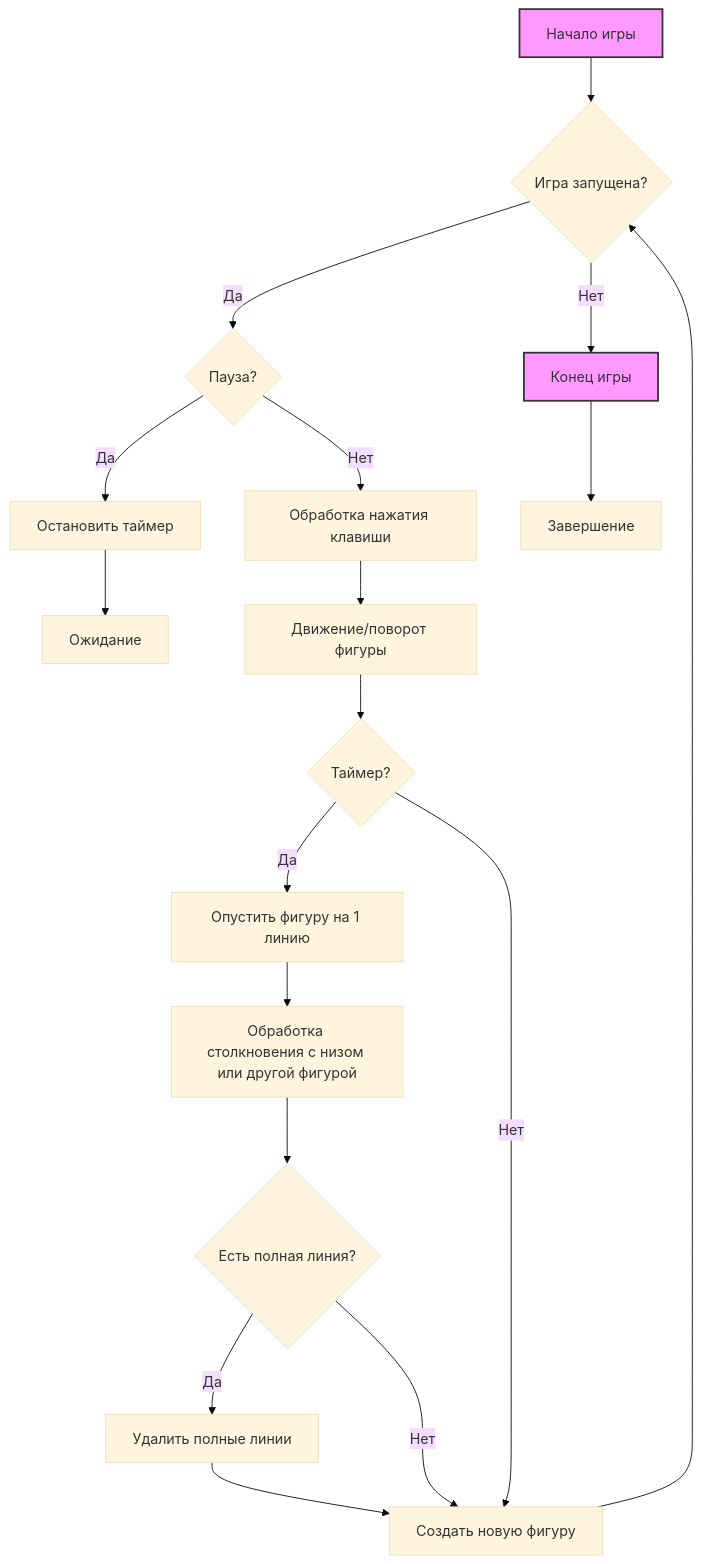
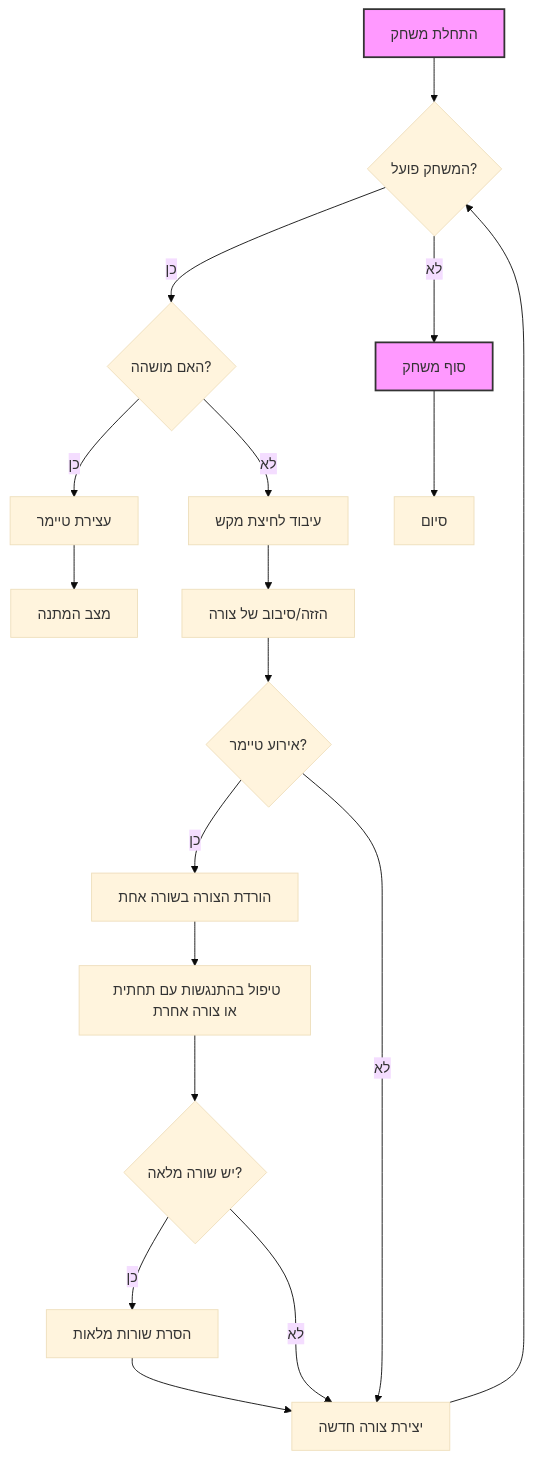
One commit to hypo69/1001-python-he changed the diagram in code/UNSORTED/TETRIS/README.MD. Above: the diagram before and after it, drawn with Mermaid (base theme). The commit also changed other lines of this file and 869 other files, not shown here.

````diff
--- a/code/UNSORTED/TETRIS/README.MD
+++ b/code/UNSORTED/TETRIS/README.MD
@@ -580,22 +580,22 @@
 ```mermaid
 graph TD
-    A[Начало игры] --> B{Игра запущена?};
-    B -- Да --> C{Пауза?};
-    C -- Да --> D[Остановить таймер];
-    D --> E[Ожидание];
-    C -- Нет --> F[Обработка нажатия клавиши];
-    F --> G[Движение/поворот фигуры];
-    G --> H{Таймер?};
-     H -- Да --> I[Опустить фигуру на 1 линию];
-     I --> J[Обработка столкновения с низом или другой фигурой];
-     J --> K{Есть полная линия?};
-     K -- Да --> L[Удалить полные линии];
-      L --> M[Создать новую фигуру];
-      K -- Нет --> M;
-       H -- Нет -->M;
+    A[התחלת משחק] --> B{המשחק פועל?};
+    B -- כן --> C{האם מושהה?};
+    C -- כן --> D[עצירת טיימר];
+    D --> E[מצב המתנה];
+    C -- לא --> F[עיבוד לחיצת מקש];
+    F --> G[הזזה/סיבוב של צורה];
+    G --> H{אירוע טיימר?};
+     H -- כן --> I[הורדת הצורה בשורה אחת];
+     I --> J[טיפול בהתנגשות עם תחתית או צורה אחרת];
+     J --> K{יש שורה מלאה?};
+     K -- כן --> L[הסרת שורות מלאות];
+      L --> M[יצירת צורה חדשה];
+      K -- לא --> M;
+       H -- לא -->M;
       M --> B;
-    B -- Нет --> N[Конец игры];
-    N --> O[Завершение];
+    B -- לא --> N[סוף משחק];
+    N --> O[סיום];
     style A fill:#f9f,stroke:#333,stroke-width:2px
     style N fill:#f9f,stroke:#333,stroke-width:2px
 ```
````
